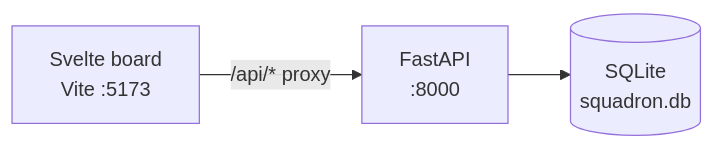
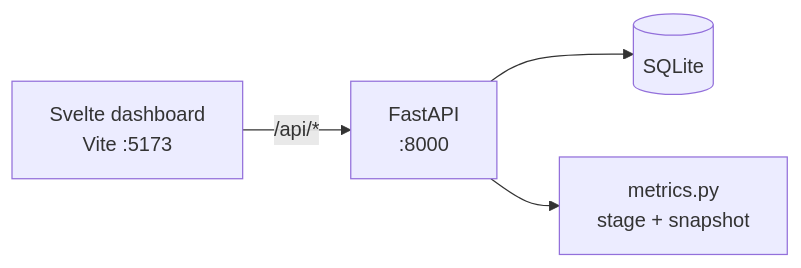
Before and after one commit to mowgli42/squadron-scheduler: the diagram in README.md, drawn with Mermaid. The commit also changed other lines of this file and 2 other files, not shown here.

Commit message:
2.0 UI + spec: decision-first dashboard, process funnel, exceptions

````diff
--- a/README.md
+++ b/README.md
@@ -50,9 +36,11 @@
 ```mermaid
 flowchart LR
-  UI["Svelte board<br/>Vite :5173"]
+  UI["Svelte dashboard<br/>Vite :5173"]
   API["FastAPI<br/>:8000"]
-  DB[(SQLite<br/>squadron.db)]
+  DB[(SQLite)]
+  M["metrics.py<br/>stage + snapshot"]
 
-  UI -->|"/api/* proxy"| API
+  UI -->|"/api/*"| API
   API --> DB
+  API --> M
 ```
````
